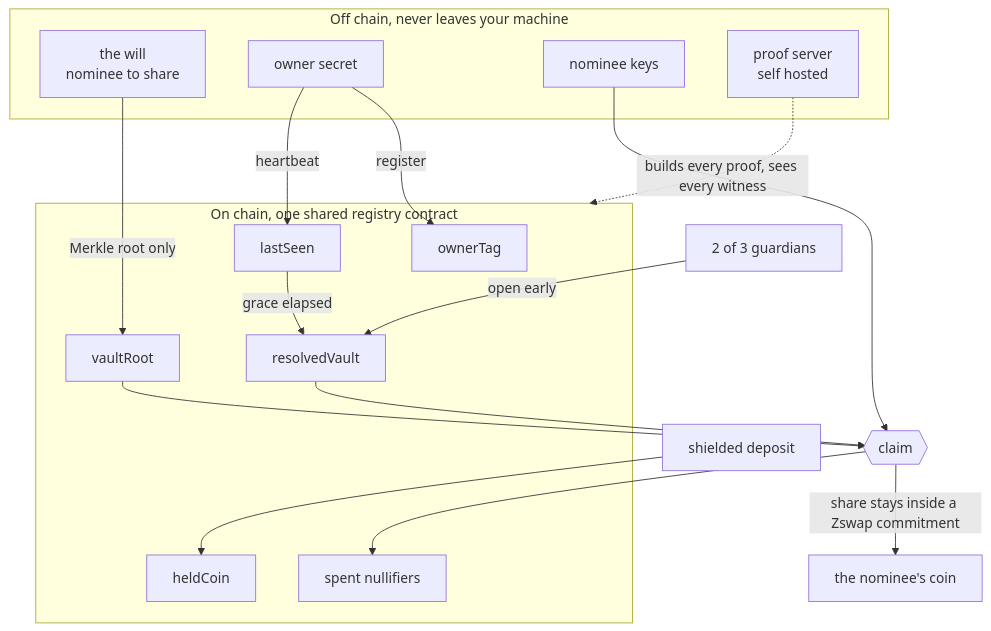
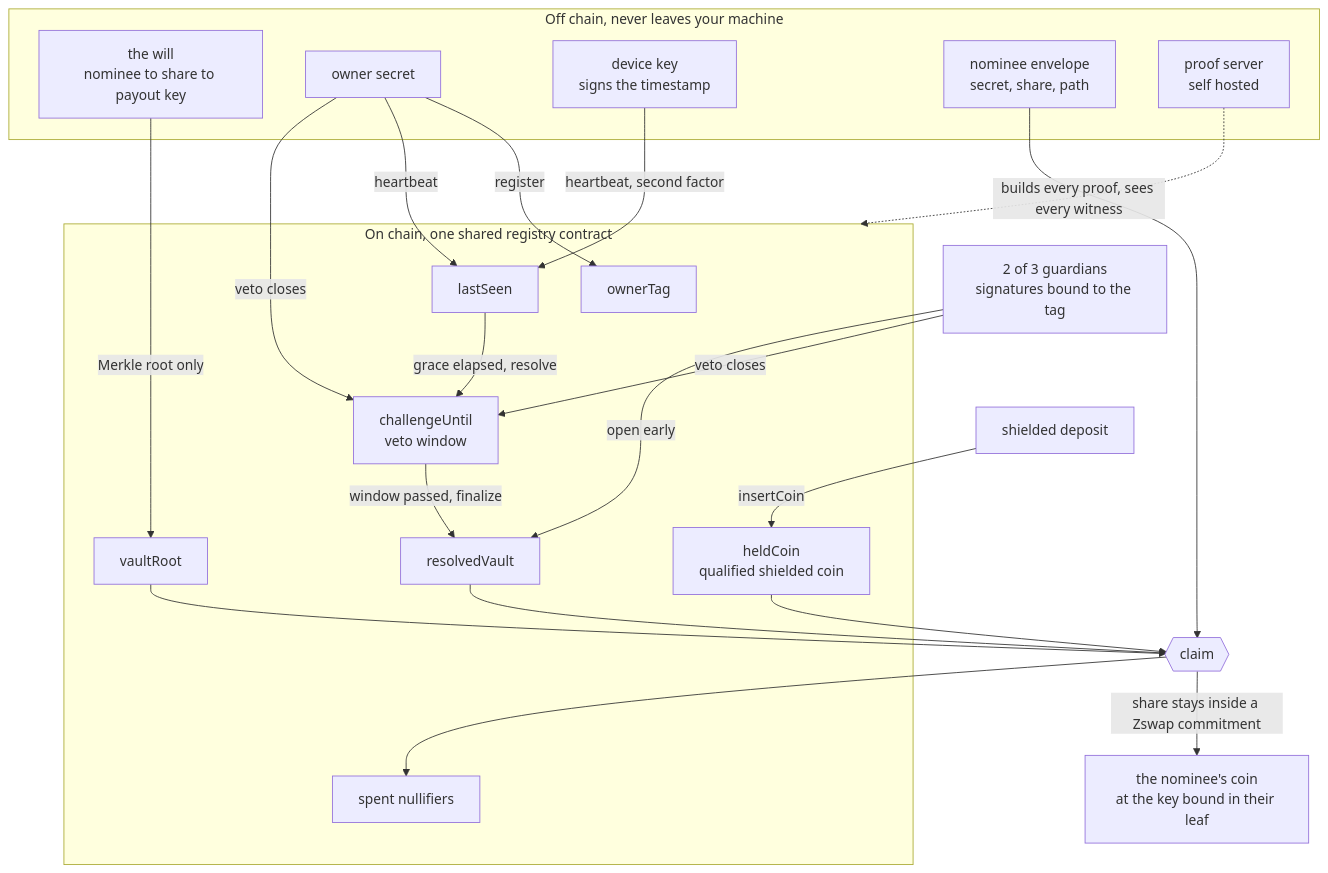
Before and after one commit to vwakesahu/nominee: the diagram in docs/architecture.mmd, drawn with Mermaid. The commit also changed 6 other files, not shown here.

First line of the commit message:
docs for wave 2: live payout, device, veto window, heir page

```diff
--- a/docs/architecture.mmd
+++ b/docs/architecture.mmd
@@ -1,29 +1,36 @@
 flowchart TD
     subgraph OFF ["Off chain, never leaves your machine"]
-        WILL["the will<br/>nominee to share"]
+        WILL["the will<br/>nominee to share to payout key"]
         SEC["owner secret"]
-        NK["nominee keys"]
+        DEV["device key<br/>signs the timestamp"]
+        NK["nominee envelope<br/>secret, share, path"]
         PS["proof server<br/>self hosted"]
     end
 
     subgraph ON ["On chain, one shared registry contract"]
         TAG["ownerTag"]
         SEEN["lastSeen"]
         ROOT["vaultRoot"]
-        COIN["heldCoin"]
+        COIN["heldCoin<br/>qualified shielded coin"]
+        WIN["challengeUntil<br/>veto window"]
         RES["resolvedVault"]
         NULL["spent nullifiers"]
     end
 
     PS -.->|builds every proof, sees every witness| ON
     SEC -->|register| TAG
     SEC -->|heartbeat| SEEN
+    DEV -->|heartbeat, second factor| SEEN
     WILL -->|Merkle root only| ROOT
-    DEP["shielded deposit"] --> COIN
-    SEEN -->|grace elapsed| RES
-    GUARD["2 of 3 guardians"] -->|open early| RES
+    DEP["shielded deposit"] -->|insertCoin| COIN
+    SEEN -->|grace elapsed, resolve| WIN
+    WIN -->|window passed, finalize| RES
+    SEC -->|veto closes| WIN
+    GUARD["2 of 3 guardians<br/>signatures bound to the tag"] -->|veto closes| WIN
+    GUARD -->|open early| RES
     RES --> CLAIM{{claim}}
     ROOT --> CLAIM
     NK --> CLAIM
+    COIN --> CLAIM
     CLAIM --> NULL
-    CLAIM -->|share stays inside a Zswap commitment| OUT["the nominee's coin"]
+    CLAIM -->|share stays inside a Zswap commitment| OUT["the nominee's coin<br/>at the key bound in their leaf"]
```
